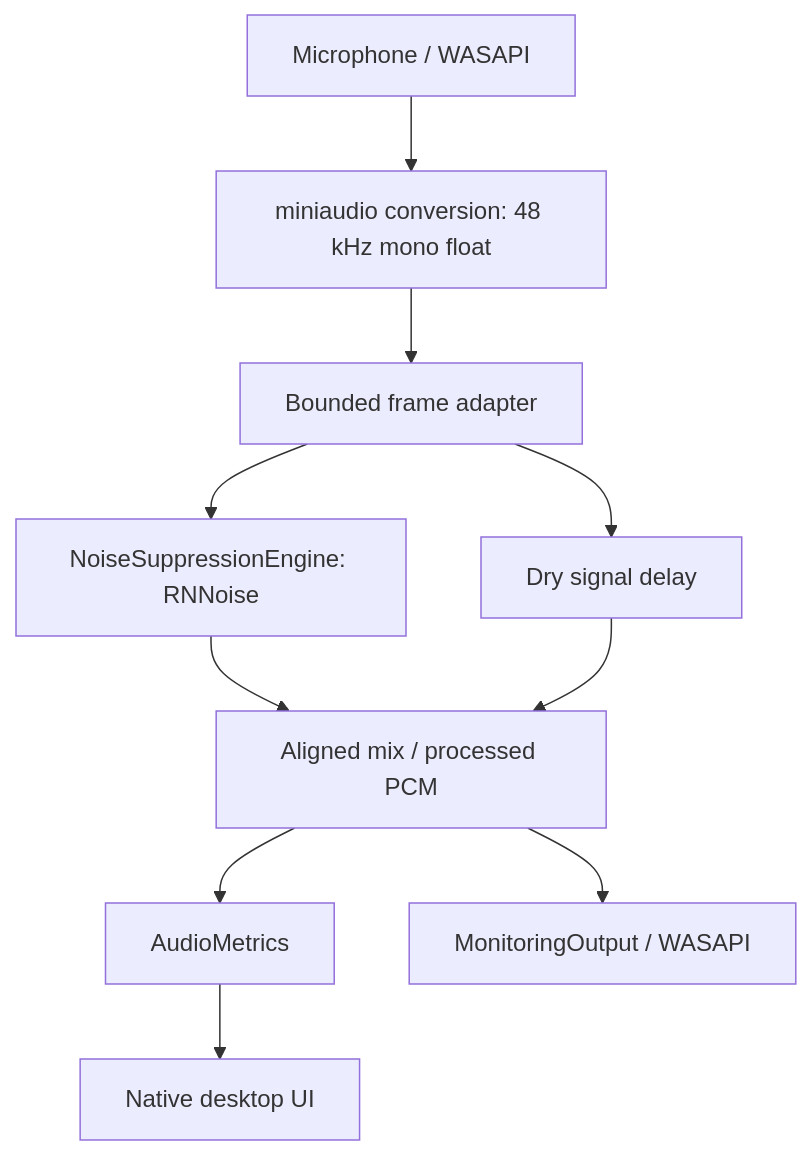
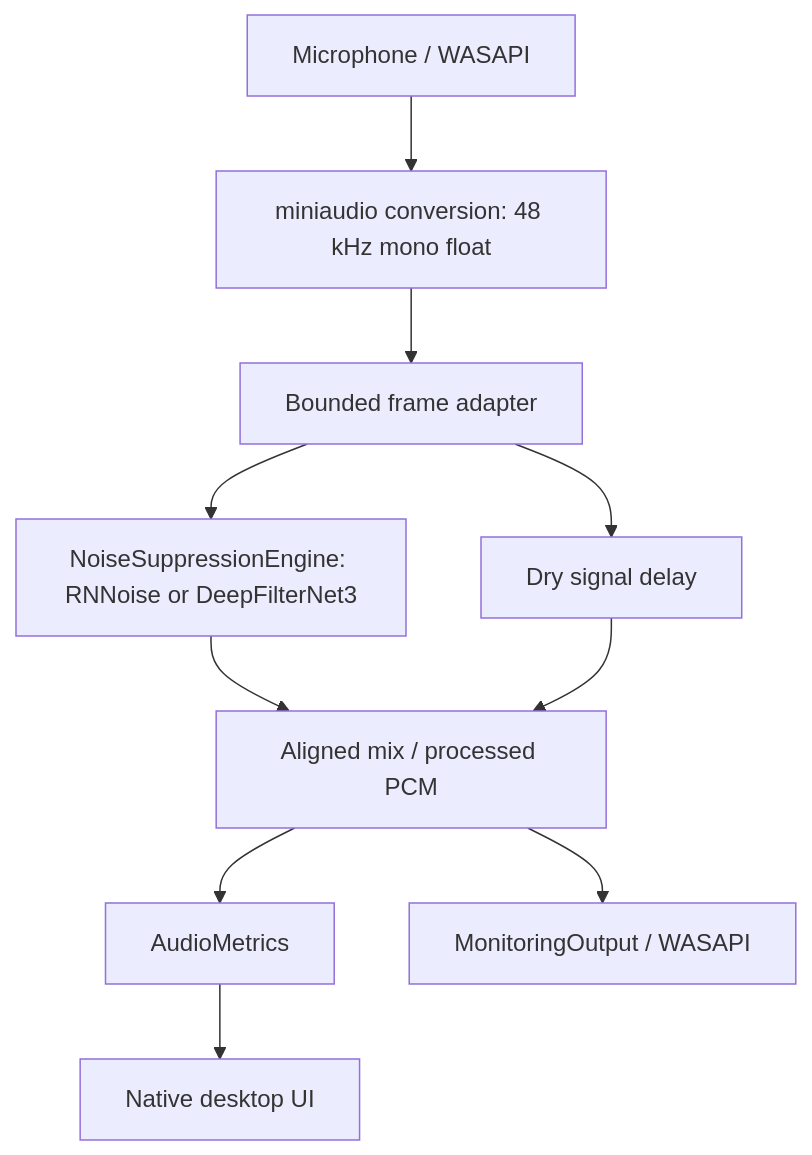
One commit to flavioquinones33-design/LunaAIAudio changed the diagram in ARCHITECTURE.md. Above: the diagram before and after it, drawn with Mermaid. The commit also changed other lines of this file and 12 other files, not shown here.

Commit message:
Add optional DeepFilterNet3 C API engine

````diff
--- a/ARCHITECTURE.md
+++ b/ARCHITECTURE.md
@@ -5,12 +5,12 @@
 ```mermaid
 flowchart TD
     A["Microphone / WASAPI"] --> B["miniaudio conversion: 48 kHz mono float"]
     B --> C["Bounded frame adapter"]
-    C --> D["NoiseSuppressionEngine: RNNoise"]
+    C --> D["NoiseSuppressionEngine: RNNoise or DeepFilterNet3"]
     C --> E["Dry signal delay"]
     D --> F["Aligned mix / processed PCM"]
     E --> F
     F --> G["AudioMetrics"]
     F --> H["MonitoringOutput / WASAPI"]
     G --> I["Native desktop UI"]
 ```
````
